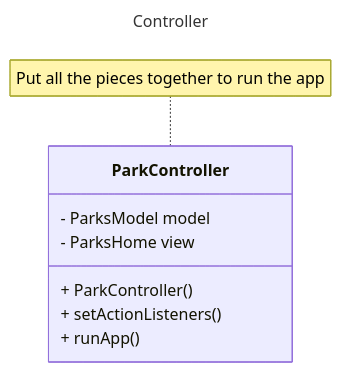
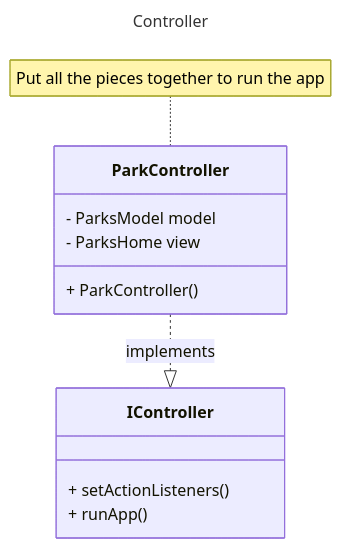
The third of 4 diagrams in DesignDocuments/InitialDesign.md (Sp25-CS5004-Online-Lionelle/final-project-group-6), drawn with Mermaid before and after one commit. The commit also changed other lines of this file and 8 other files, not shown here.

````diff
--- a/DesignDocuments/InitialDesign.md
+++ b/DesignDocuments/InitialDesign.md
@@ -125,14 +131,17 @@
 ```mermaid
 ---
 title: Controller
 ---
 classDiagram
     note for ParkController "Put all the pieces together to run the app"
+    class IController {
+        + setActionListeners()
+        + runApp()
+    }
     class ParkController {
         - ParksModel model
         - ParksHome view
         + ParkController()
-        + setActionListeners()
-        + runApp()
     }
+    ParkController ..|> IController: implements
 ```
````
